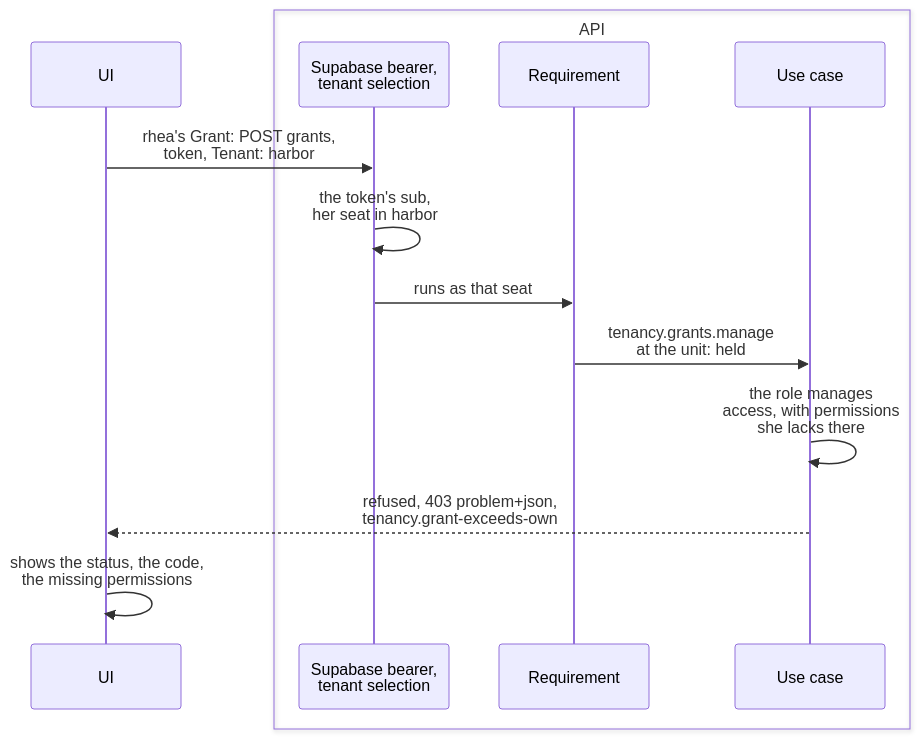
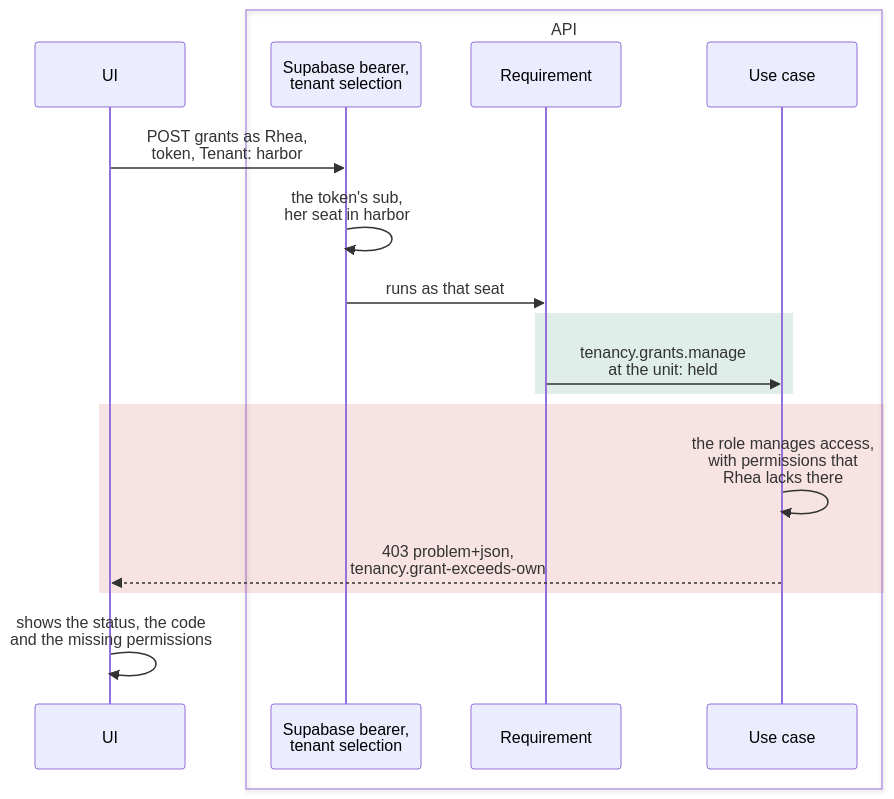
The diagram in docs/tenancy/sample/try-it.md (DylanSnel/DDDToolkit), drawn with Mermaid before and after one commit. The commit also changed other lines of this file and 24 other files, not shown here.

First line of the commit message:
Docs: plain prose and readable diagrams for Tenancy and Membership

````diff
--- a/docs/tenancy/sample/try-it.md
+++ b/docs/tenancy/sample/try-it.md
@@ -58,17 +70,21 @@
 ```mermaid
 sequenceDiagram
     participant UI
     box API
         participant Bearer as Supabase bearer,<br/>tenant selection
         participant Requirement
         participant UseCase as Use case
     end
 
-    UI->>Bearer: rhea's Grant: POST grants,<br/>token, Tenant: harbor
+    UI->>Bearer: POST grants as Rhea,<br/>token, Tenant: harbor
     Bearer->>Bearer: the token's sub,<br/>her seat in harbor
     Bearer->>Requirement: runs as that seat
-    Requirement->>UseCase: tenancy.grants.manage<br/>at the unit: held
-    UseCase->>UseCase: the role manages<br/>access, with permissions<br/>she lacks there
-    UseCase-->>UI: refused, 403 problem+json,<br/>tenancy.grant-exceeds-own
-    UI->>UI: shows the status, the code,<br/>the missing permissions
+    rect rgba(31, 138, 91, 0.14)
+        Requirement->>UseCase: tenancy.grants.manage<br/>at the unit: held
+    end
+    rect rgba(201, 60, 60, 0.14)
+        UseCase->>UseCase: the role manages access,<br/>with permissions that<br/>Rhea lacks there
+        UseCase-->>UI: 403 problem+json,<br/>tenancy.grant-exceeds-own
+    end
+    UI->>UI: shows the status, the code<br/>and the missing permissions
 ```
````
